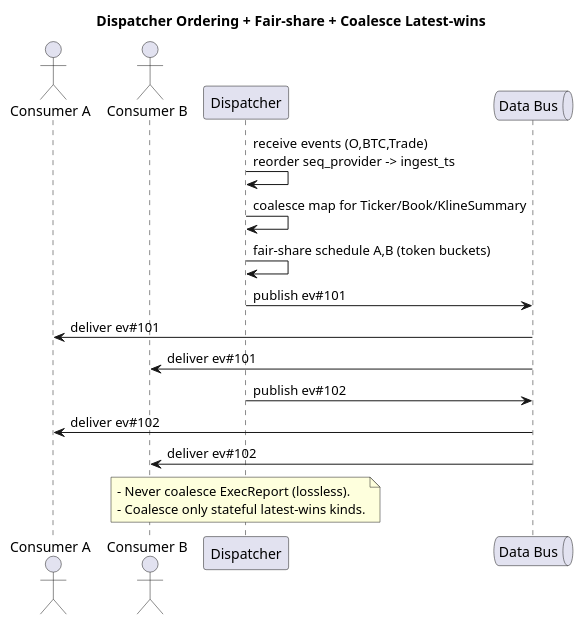
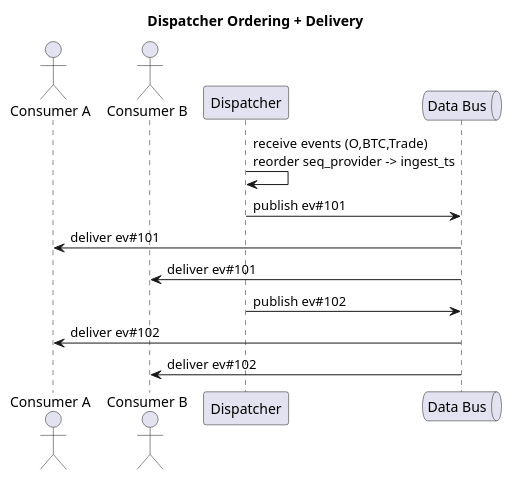
Before and after one commit to coachpo/meltica: the diagram in docs/diagrams/dispatcher-ordering-seq.puml, drawn with PlantUML. The commit also changed 25 other files, not shown here.

```diff
--- a/docs/diagrams/dispatcher-ordering-seq.puml
+++ b/docs/diagrams/dispatcher-ordering-seq.puml
@@ -1,23 +1,17 @@
 @startuml
-title Dispatcher Ordering + Fair-share + Coalesce Latest-wins
+title Dispatcher Ordering + Delivery
 
 actor "Consumer A" as A
 actor "Consumer B" as B
 participant "Dispatcher" as D
 queue "Data Bus" as Bus
 
 D -> D : receive events (O,BTC,Trade)\nreorder seq_provider -> ingest_ts
-D -> D : coalesce map for Ticker/Book/KlineSummary
-D -> D : fair-share schedule A,B (token buckets)
 D -> Bus : publish ev#101
 Bus -> A : deliver ev#101
 Bus -> B : deliver ev#101
 D -> Bus : publish ev#102
 Bus -> A : deliver ev#102
 Bus -> B : deliver ev#102
 
-note over D
-- Never coalesce ExecReport (lossless).
-- Coalesce only stateful latest-wins kinds.
-end note
 @enduml
```
